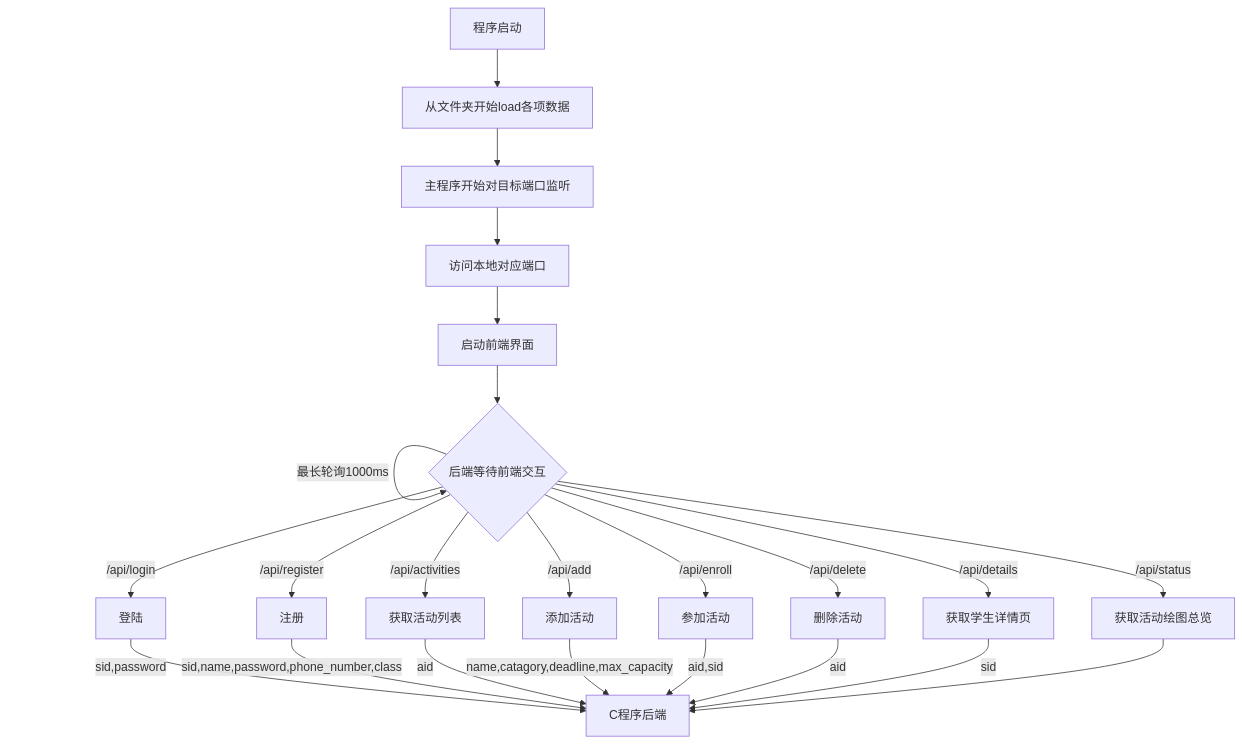
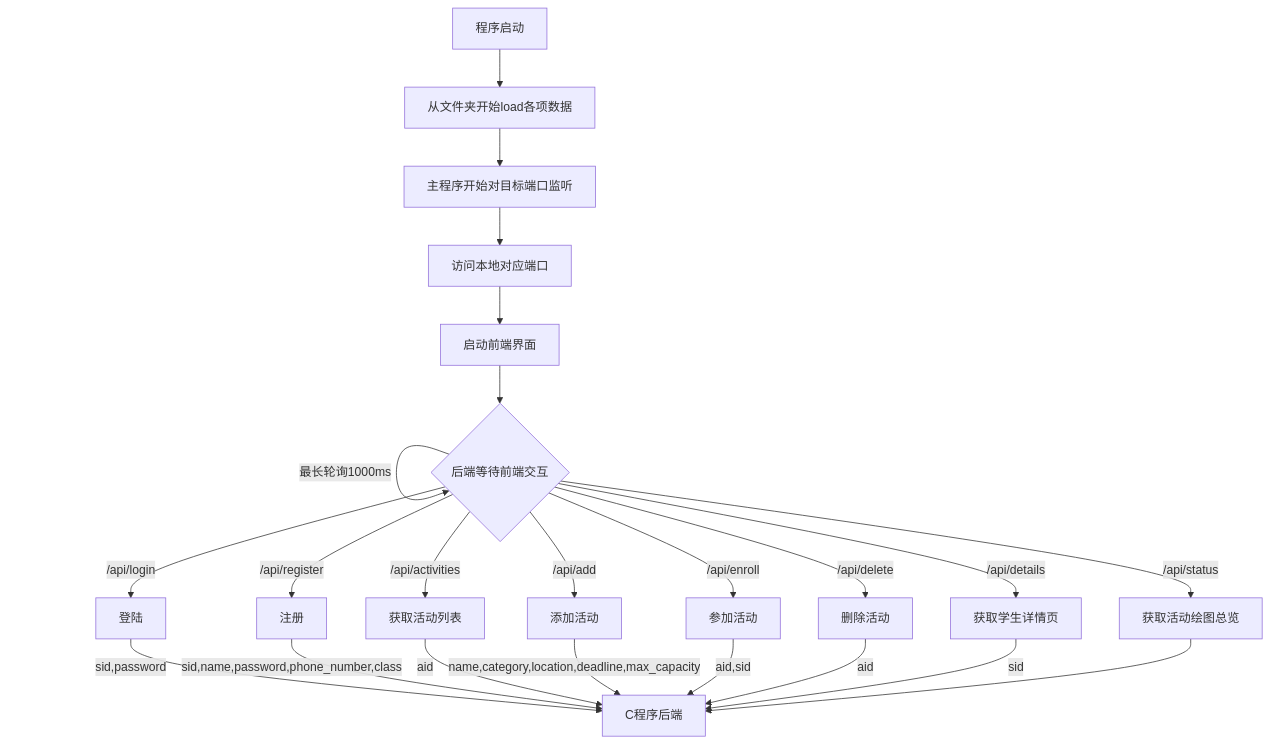
The diagram in src/content/posts/Activity-manage-system/index.md (Hill-1024/blog), drawn with Mermaid before and after one commit. The commit also changed other lines of this file, not shown here.

````diff
--- a/src/content/posts/Activity-manage-system/index.md
+++ b/src/content/posts/Activity-manage-system/index.md
@@ -43,18 +46,18 @@
 ```mermaid
 graph TD
     A[程序启动]-->B[从文件夹开始load各项数据]
     B-->C[主程序开始对目标端口监听]
     C-->D[访问本地对应端口]
     D-->E[启动前端界面]
     E-->F{后端等待前端交互}
     F-->|最长轮询1000ms| F
     F-->|/api/login|login[登陆]-->|sid,password|back
     F-->|/api/register|register[注册]-->|sid,name,password,phone_number,class|back
     F-->|/api/activities|activities[获取活动列表]-->|aid|back
-    F-->|/api/add|add[添加活动]-->|name,catagory,deadline,max_capacity|back
+    F-->|/api/add|add[添加活动]-->|name,category,location,deadline,max_capacity|back
     F-->|/api/enroll|enroll[参加活动]-->|aid,sid|back
     F-->|/api/delete|delete[删除活动]-->|aid|back
     F-->|/api/details|details[获取学生详情页]-->|sid|back
     F-->|/api/status|satus[获取活动绘图总览]-->back
     back[C程序后端]
 ```
````
